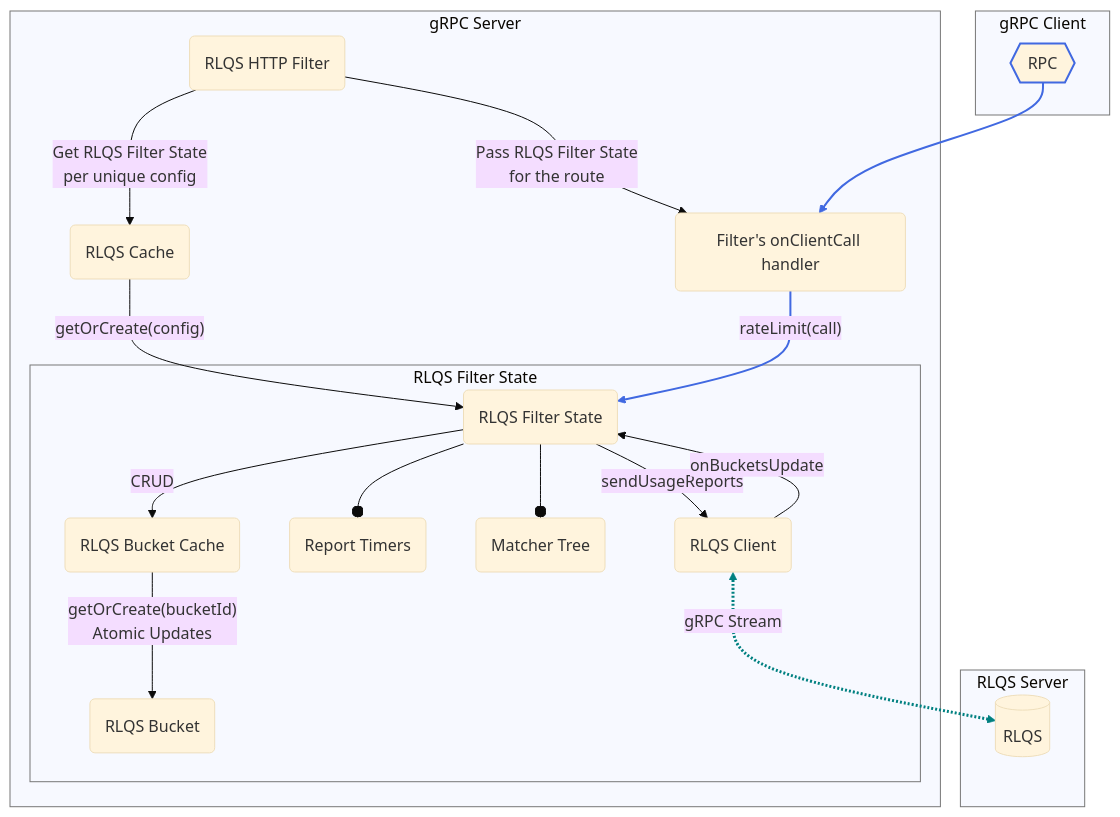
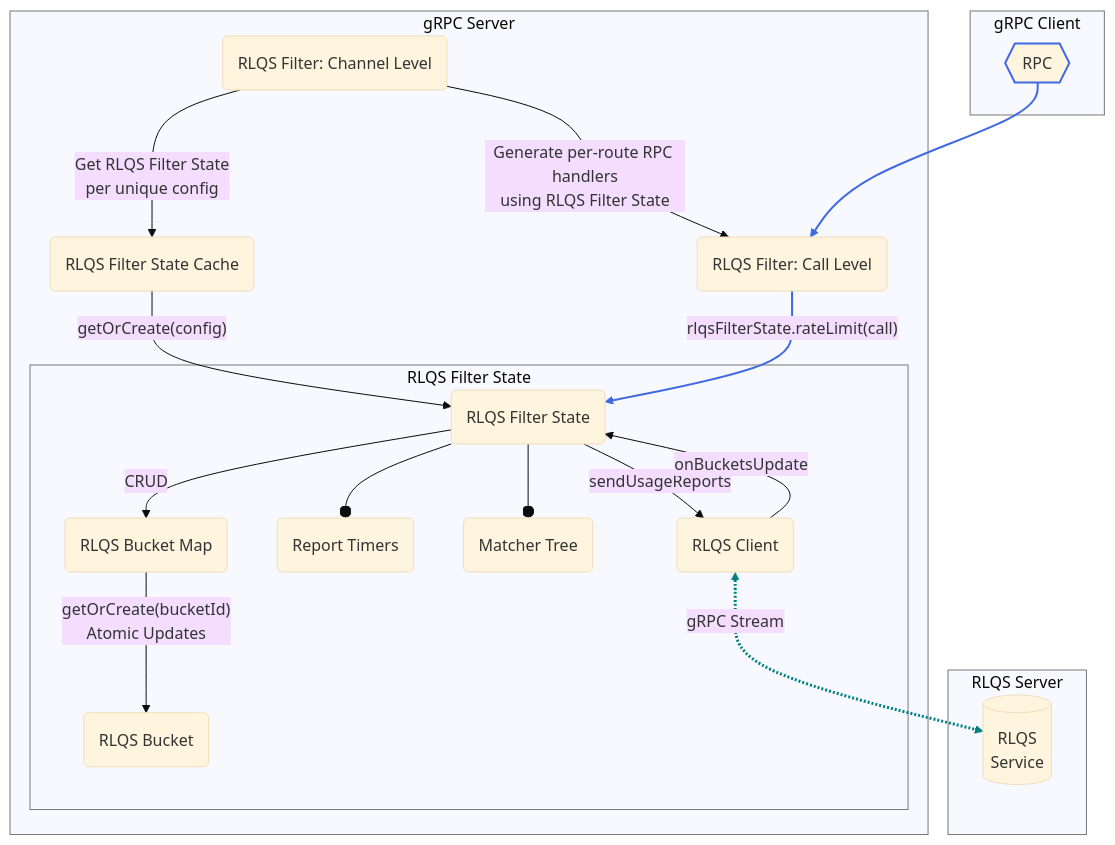
Before and after one commit to grpc/proposal: the diagram in A77-xds-rate-limiting-rlqs.md, drawn with Mermaid. The commit also changed other lines of this file, not shown here.

````diff
--- a/A77-xds-rate-limiting-rlqs.md
+++ b/A77-xds-rate-limiting-rlqs.md
@@ -75,44 +78,44 @@
 ```mermaid
 ---
 config:
   theme: base
   themeVariables:
     clusterBorder: "#777"
 ---
 graph TD
-%% RLQS Components Flowchart v8
+%% RLQS Components Flowchart v10
 
 %% == nodes ==
     subgraph grpc_client_box [gRPC Client]
         request{{RPC}}
     end
     subgraph rlqs_server_box [RLQS Server]
-        rlqs[(RLQS)]
+        rlqs[(RLQS<br />Service)]
     end
     subgraph grpc_server_box [gRPC Server]
-        rlqs_filter(RLQS HTTP Filter)
-        rlqs_cache(RLQS Cache)
+        rlqs_filter(RLQS Filter: Channel Level)
+        rlqs_filter_state_cache(RLQS Filter State Cache)
         subgraph rlqs_filter_state_box [RLQS Filter State]
             rlqs_client(RLQS Client)
             rlqs_filter_state(RLQS Filter State)
             report_timers(Report Timers)
             matcher_tree(Matcher Tree)
-            rlqs_bucket_cache(RLQS Bucket Cache)
+            rlqs_bucket_map(RLQS Bucket Map)
             rlqs_bucket(RLQS Bucket)
         end
-        rpc_handler("Filter's onClientCall handler")
+        rpc_handler("RLQS Filter: Call Level")
     end
 %% == edges ==
-    rlqs_filter -- " Get RLQS Filter State<br />per unique config " --> rlqs_cache -- " getOrCreate(config) " --> rlqs_filter_state
-    rlqs_filter -- " Pass RLQS Filter State<br />for the route " --> rpc_handler -- " rateLimit(call) " --> rlqs_filter_state
+    rlqs_filter -- "Get RLQS Filter State<br />per unique config" --> rlqs_filter_state_cache -- "getOrCreate(config)" --> rlqs_filter_state
+    rlqs_filter -- " Generate per-route RPC handlers<br />using RLQS Filter State " --> rpc_handler -- " rlqsFilterState.rateLimit(call) " --> rlqs_filter_state
     request --> rpc_handler
     rlqs_filter_state --o matcher_tree & report_timers
     rlqs_filter_state -- sendUsageReports --> rlqs_client
-    rlqs_filter_state -- CRUD --> rlqs_bucket_cache
+    rlqs_filter_state -- CRUD --> rlqs_bucket_map
     rlqs_client -- onBucketsUpdate --> rlqs_filter_state
-    rlqs_bucket_cache -- " getOrCreate(bucketId)<br />Atomic Updates " --> rlqs_bucket
+    rlqs_bucket_map -- " getOrCreate(bucketId)<br />Atomic Updates " --> rlqs_bucket
     rlqs_client <-. gRPC Stream .-> rlqs
     style request stroke: RoyalBlue, stroke-width: 2px;
     linkStyle 3,4 stroke: RoyalBlue, stroke-width: 2px;
     linkStyle 11 stroke: Teal, stroke-width: 3px;
 ```
````
